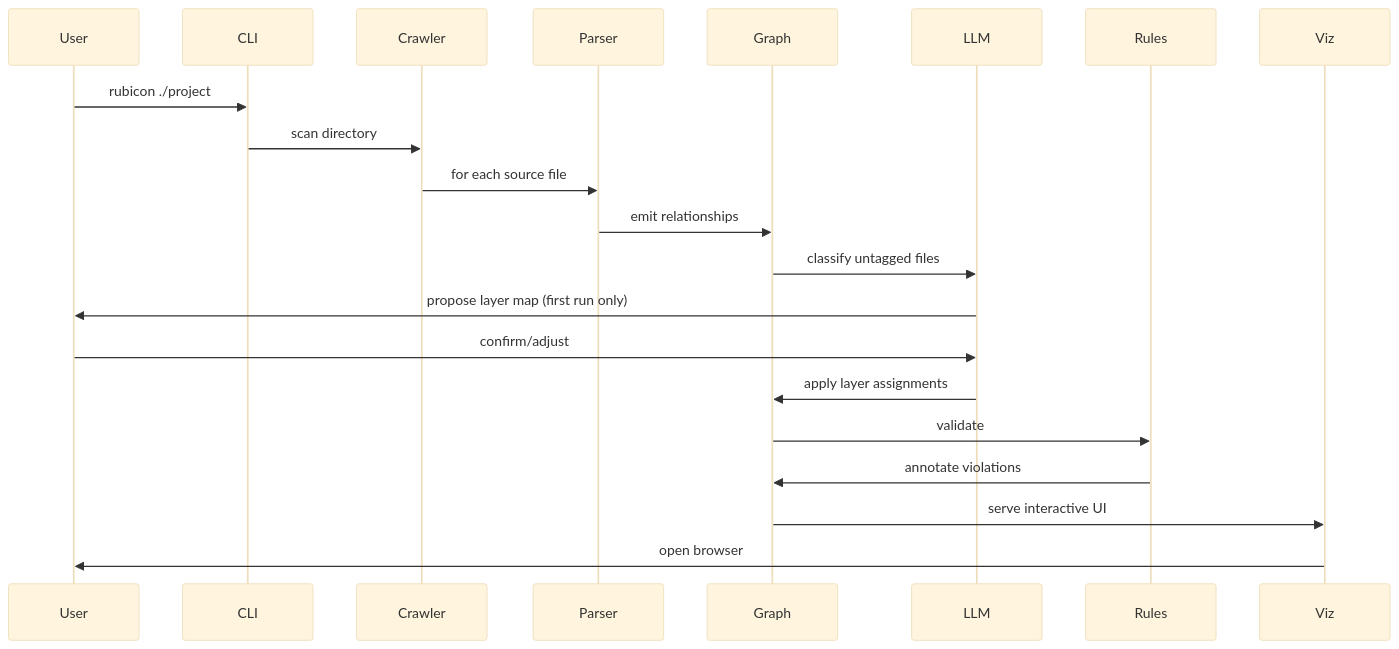
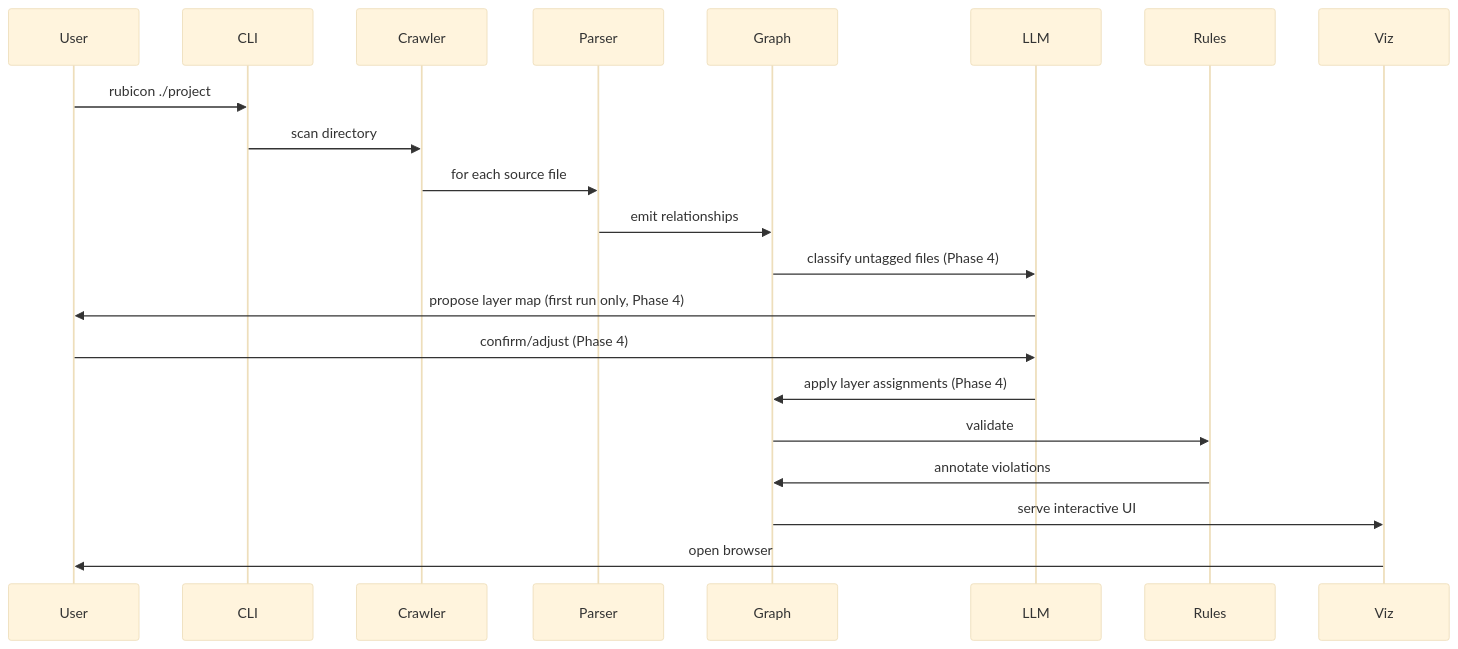
The second of 2 diagrams in rubicon-architecture.md (erniez/Rubicon), drawn with Mermaid (base theme) before and after one commit. The commit also changed other lines of this file and 36 other files, not shown here.

````diff
--- a/rubicon-architecture.md
+++ b/rubicon-architecture.md
@@ -364,24 +364,24 @@
 ```mermaid
 sequenceDiagram
     participant User
     participant CLI
     participant Crawler
     participant Parser
     participant Graph
     participant LLM
     participant Rules
     participant Viz
 
     User->>CLI: rubicon ./project
     CLI->>Crawler: scan directory
     Crawler->>Parser: for each source file
     Parser->>Graph: emit relationships
-    Graph->>LLM: classify untagged files
-    LLM->>User: propose layer map (first run only)
-    User->>LLM: confirm/adjust
-    LLM->>Graph: apply layer assignments
+    Graph->>LLM: classify untagged files (Phase 4)
+    LLM->>User: propose layer map (first run only, Phase 4)
+    User->>LLM: confirm/adjust (Phase 4)
+    LLM->>Graph: apply layer assignments (Phase 4)
     Graph->>Rules: validate
     Rules->>Graph: annotate violations
     Graph->>Viz: serve interactive UI
     Viz->>User: open browser
 ```
````
